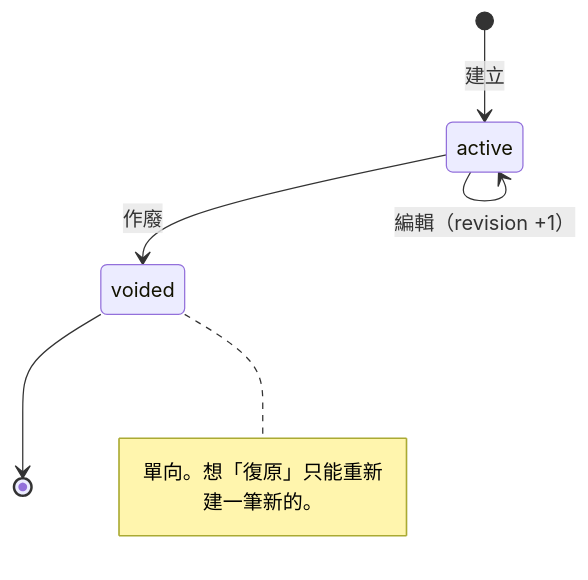
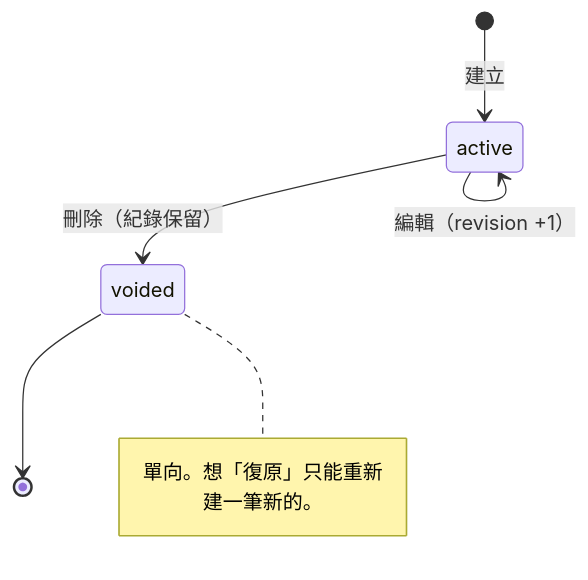
The first of 5 diagrams in docs/architecture/state-machines.md (SpringRain555/tagcor-ledger), drawn with Mermaid before and after one commit. The commit also changed other lines of this file and 20 other files, not shown here.

````diff
--- a/docs/architecture/state-machines.md
+++ b/docs/architecture/state-machines.md
@@ -27,10 +30,10 @@
 ```mermaid
 stateDiagram-v2
     [*] --> active: 建立
     active --> active: 編輯（revision +1）
-    active --> voided: 作廢
+    active --> voided: 刪除（紀錄保留）
     voided --> [*]
     note right of voided
         單向。想「復原」只能重新建一筆新的。
     end note
 ```
````
